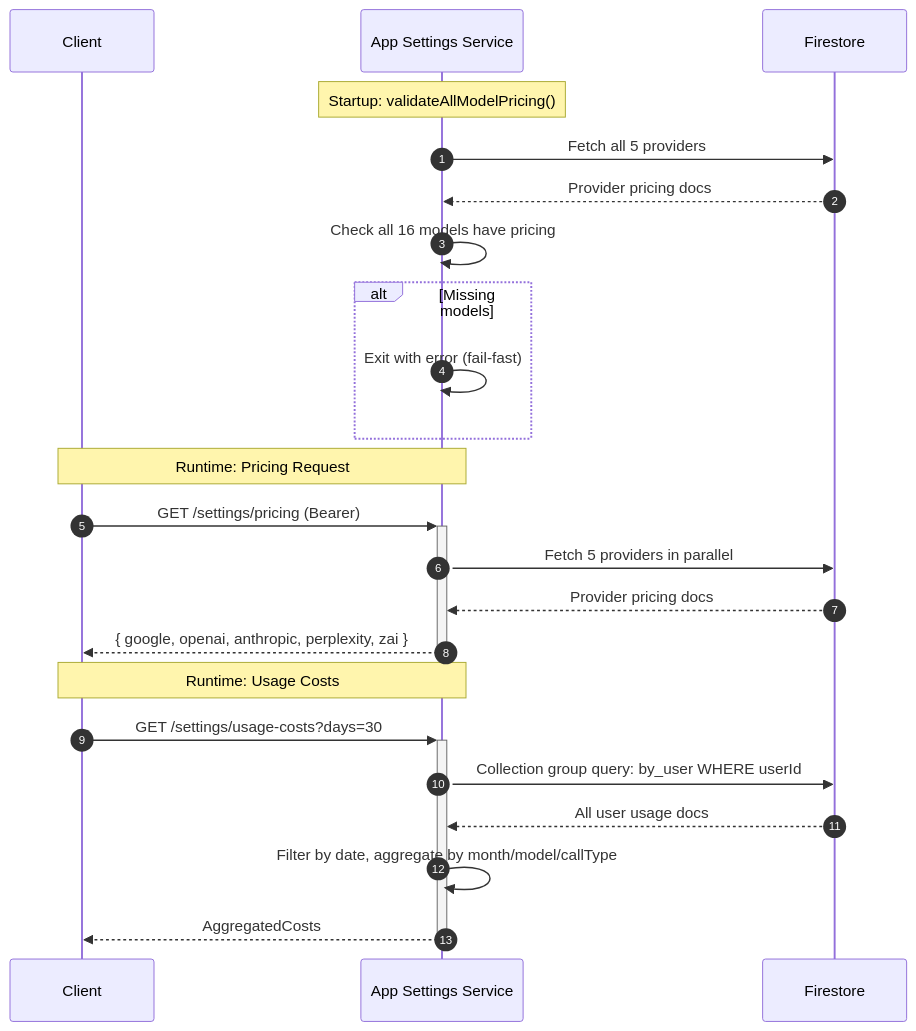
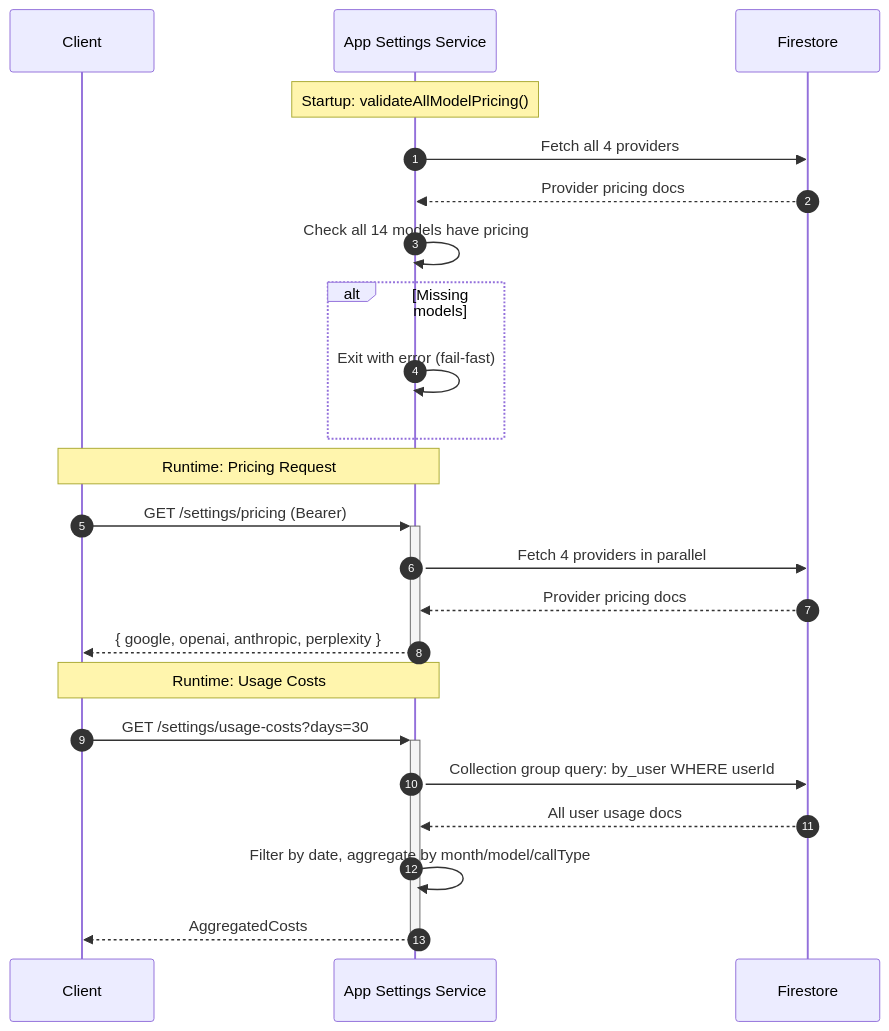
One commit to pbuchman/intexuraos changed the second of 2 diagrams in docs/services/app-settings-service/technical.md. Above: the diagram before and after it, drawn with Mermaid. The commit also changed other lines of this file and 124 other files, not shown here.

````diff
--- a/docs/services/app-settings-service/technical.md
+++ b/docs/services/app-settings-service/technical.md
@@ -47,28 +47,28 @@
 ```mermaid
 sequenceDiagram
     autonumber
     participant Client
     participant Service as App Settings Service
     participant Firestore
 
     Note over Service: Startup: validateAllModelPricing()
-    Service->>Firestore: Fetch all 5 providers
+    Service->>Firestore: Fetch all 4 providers
     Firestore-->>Service: Provider pricing docs
-    Service->>Service: Check all 16 models have pricing
+    Service->>Service: Check all 14 models have pricing
     alt Missing models
         Service->>Service: Exit with error (fail-fast)
     end
 
     Note over Client,Service: Runtime: Pricing Request
     Client->>+Service: GET /settings/pricing (Bearer)
-    Service->>Firestore: Fetch 5 providers in parallel
+    Service->>Firestore: Fetch 4 providers in parallel
     Firestore-->>Service: Provider pricing docs
-    Service-->>-Client: { google, openai, anthropic, perplexity, zai }
+    Service-->>-Client: { google, openai, anthropic, perplexity }
 
     Note over Client,Service: Runtime: Usage Costs
     Client->>+Service: GET /settings/usage-costs?days=30
     Service->>Firestore: Collection group query: by_user WHERE userId
     Firestore-->>Service: All user usage docs
     Service->>Service: Filter by date, aggregate by month/model/callType
     Service-->>-Client: AggregatedCosts
 ```
````
